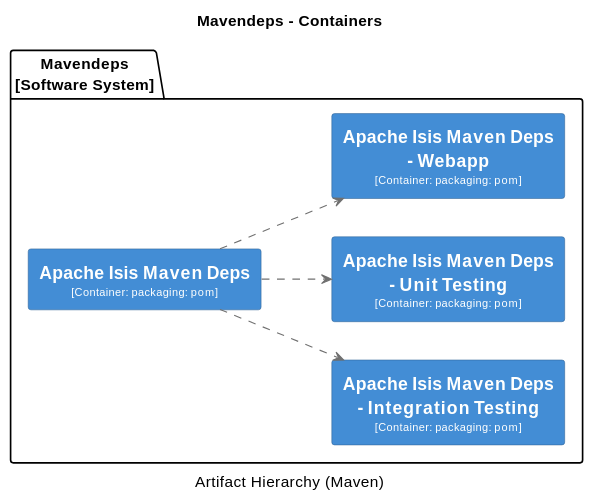
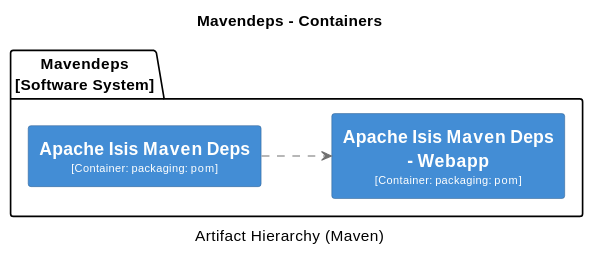
One commit to apache/causeway changed the second of 32 diagrams in core/adoc/modules/_overview/pages/about.adoc. Above: the diagram before and after it, drawn with PlantUML. The commit also changed other lines of this file and 69 other files, not shown here.

```diff
--- a/core/adoc/modules/_overview/pages/about.adoc
+++ b/core/adoc/modules/_overview/pages/about.adoc
@@ -52,46 +52,32 @@
 [plantuml,Mavendeps,svg]
 ----
 @startuml(id=Mavendeps)
 title Mavendeps - Containers
 caption Artifact Hierarchy (Maven)
 
 skinparam {
   shadowing false
   arrowFontSize 10
   defaultTextAlignment center
   wrapWidth 200
   maxMessageSize 100
 }
 hide stereotype
 left to right direction
 skinparam rectangle<<2>> {
   BackgroundColor #438dd5
   FontColor #fffffe
   BorderColor #2E6295
 }
 skinparam rectangle<<3>> {
   BackgroundColor #438dd5
   FontColor #fffffe
   BorderColor #2E6295
 }
-skinparam rectangle<<4>> {
-  BackgroundColor #438dd5
-  FontColor #fffffe
-  BorderColor #2E6295
-}
-skinparam rectangle<<5>> {
-  BackgroundColor #438dd5
-  FontColor #fffffe
-  BorderColor #2E6295
-}
 package "Mavendeps\n[Software System]" {
   rectangle "==Apache Isis Maven Deps\n<size:10>[Container: packaging: pom]</size>" <<2>> as 2
-  rectangle "==Apache Isis Maven Deps - Integration Testing\n<size:10>[Container: packaging: pom]</size>" <<3>> as 3
-  rectangle "==Apache Isis Maven Deps - Unit Testing\n<size:10>[Container: packaging: pom]</size>" <<4>> as 4
-  rectangle "==Apache Isis Maven Deps - Webapp\n<size:10>[Container: packaging: pom]</size>" <<5>> as 5
+  rectangle "==Apache Isis Maven Deps - Webapp\n<size:10>[Container: packaging: pom]</size>" <<3>> as 3
 }
 2 .[#707070].> 3 : ""
-2 .[#707070].> 4 : ""
-2 .[#707070].> 5 : ""
 @enduml
 ----
```
